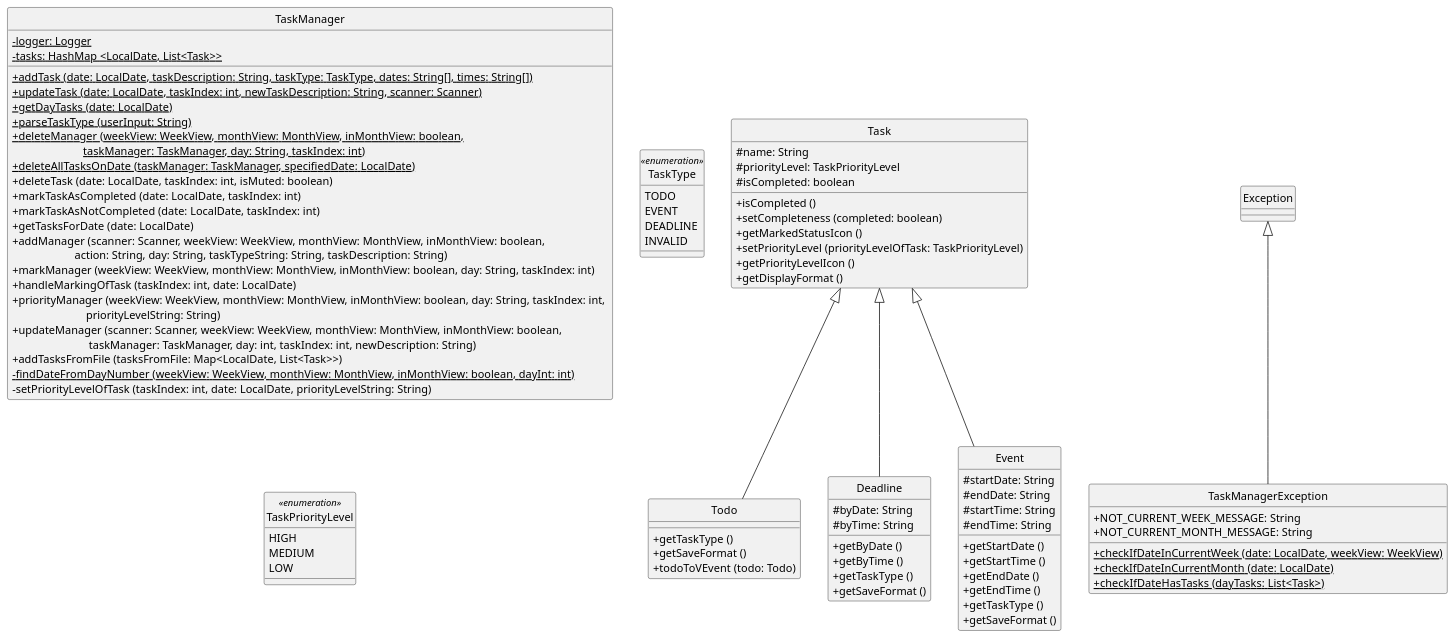
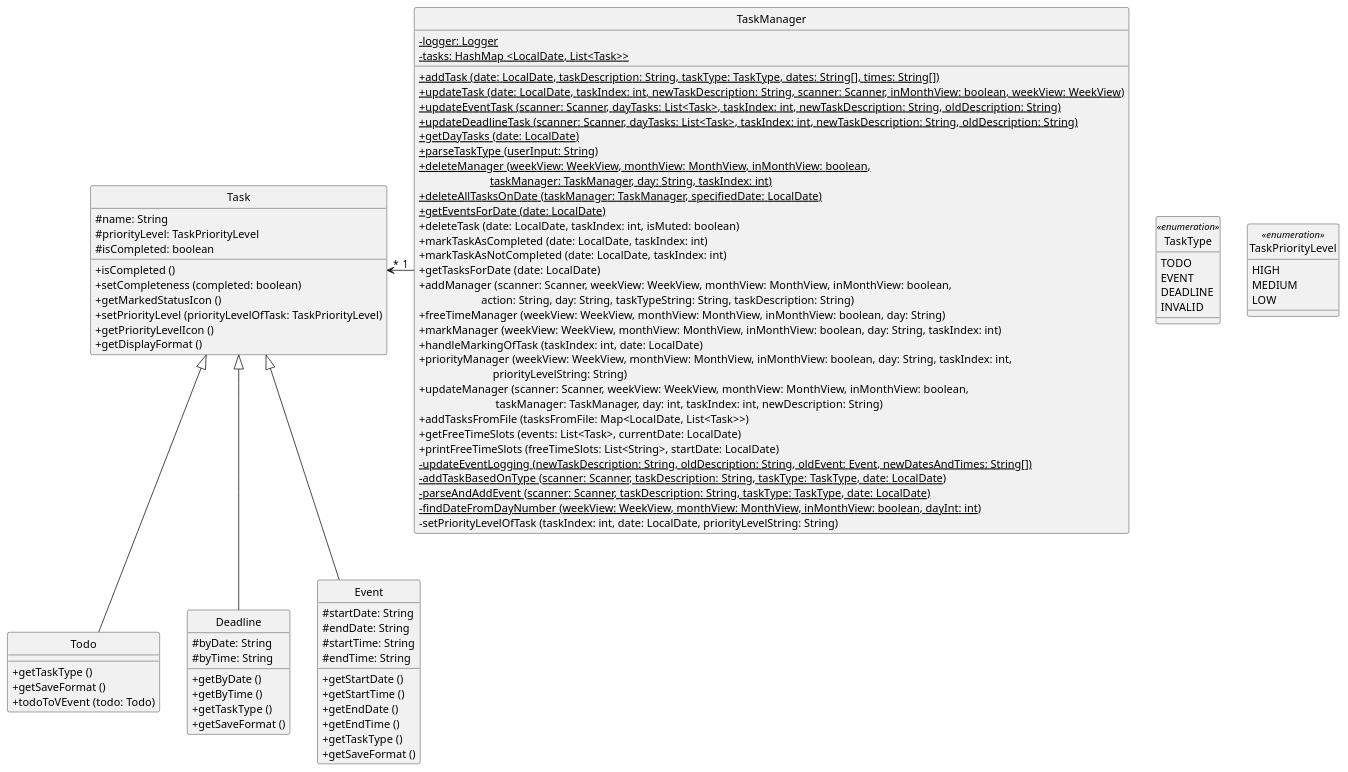
Before and after one commit to clarencepohh/tp: the diagram in docs/diagrams/class/Data.puml, drawn with PlantUML. The commit also changed 1 other file, not shown here.

Commit message:
Update PUML and diagram image to be used

```diff
--- a/docs/diagrams/class/Data.puml
+++ b/docs/diagrams/class/Data.puml
@@ -1,90 +1,95 @@
 @startuml
 
 skinparam classAttributeIconSize 0
 
 class TaskManager {
 - {static} logger: Logger
 - {static} tasks: HashMap <LocalDate, List<Task>>
+
 + {static} addTask (date: LocalDate, taskDescription: String, taskType: TaskType, dates: String[], times: String[])
-+ {static} updateTask (date: LocalDate, taskIndex: int, newTaskDescription: String, scanner: Scanner)
++ {static} updateTask (date: LocalDate, taskIndex: int, newTaskDescription: String, scanner: Scanner, inMonthView: boolean, weekView: WeekView)
++ {static} updateEventTask (scanner: Scanner, dayTasks: List<Task>, taskIndex: int, newTaskDescription: String, oldDescription: String)
++ {static} updateDeadlineTask (scanner: Scanner, dayTasks: List<Task>, taskIndex: int, newTaskDescription: String, oldDescription: String)
 + {static} getDayTasks (date: LocalDate)
 + {static} parseTaskType (userInput: String)
 + {static} deleteManager (weekView: WeekView, monthView: MonthView, inMonthView: boolean, \n                         taskManager: TaskManager, day: String, taskIndex: int)
 + {static} deleteAllTasksOnDate (taskManager: TaskManager, specifiedDate: LocalDate)
++ {static} getEventsForDate (date: LocalDate)
 + deleteTask (date: LocalDate, taskIndex: int, isMuted: boolean)
 + markTaskAsCompleted (date: LocalDate, taskIndex: int)
 + markTaskAsNotCompleted (date: LocalDate, taskIndex: int)
 + getTasksForDate (date: LocalDate)
 + addManager (scanner: Scanner, weekView: WeekView, monthView: MonthView, inMonthView: boolean, \n                      action: String, day: String, taskTypeString: String, taskDescription: String)
++ freeTimeManager (weekView: WeekView, monthView: MonthView, inMonthView: boolean, day: String)
 + markManager (weekView: WeekView, monthView: MonthView, inMonthView: boolean, day: String, taskIndex: int)
 + handleMarkingOfTask (taskIndex: int, date: LocalDate)
 + priorityManager (weekView: WeekView, monthView: MonthView, inMonthView: boolean, day: String, taskIndex: int, \n                          priorityLevelString: String)
 + updateManager (scanner: Scanner, weekView: WeekView, monthView: MonthView, inMonthView: boolean, \n                           taskManager: TaskManager, day: int, taskIndex: int, newDescription: String)
 + addTasksFromFile (tasksFromFile: Map<LocalDate, List<Task>>)
++ getFreeTimeSlots (events: List<Task>, currentDate: LocalDate)
++ printFreeTimeSlots (freeTimeSlots: List<String>, startDate: LocalDate)
+- {static} updateEventLogging (newTaskDescription: String, oldDescription: String, oldEvent: Event, newDatesAndTimes: String[])
+- {static} addTaskBasedOnType (scanner: Scanner, taskDescription: String, taskType: TaskType, date: LocalDate)
+- {static} parseAndAddEvent (scanner: Scanner, taskDescription: String, taskType: TaskType, date: LocalDate)
 - {static} findDateFromDayNumber (weekView: WeekView, monthView: MonthView, inMonthView: boolean, dayInt: int)
 - setPriorityLevelOfTask (taskIndex: int, date: LocalDate, priorityLevelString: String)
 }
 
 class Task {
 # name: String
 # priorityLevel: TaskPriorityLevel
 # isCompleted: boolean
 + isCompleted ()
 + setCompleteness (completed: boolean)
 + getMarkedStatusIcon ()
 + setPriorityLevel (priorityLevelOfTask: TaskPriorityLevel)
 + getPriorityLevelIcon ()
 + getDisplayFormat ()
 }
 
 class Todo extends Task {
 + getTaskType ()
 + getSaveFormat ()
 + todoToVEvent (todo: Todo)
 }
 
 class Deadline extends Task {
 # byDate: String
 # byTime: String
 + getByDate ()
 + getByTime ()
 + getTaskType ()
 + getSaveFormat ()
 }
 class Event extends Task {
 # startDate: String
 # endDate: String
 # startTime: String
 # endTime: String
 + getStartDate ()
 + getStartTime ()
 + getEndDate ()
 + getEndTime ()
 + getTaskType ()
 + getSaveFormat ()
 }
 
-class TaskManagerException extends Exception {
-+ NOT_CURRENT_WEEK_MESSAGE: String
-+ NOT_CURRENT_MONTH_MESSAGE: String
-+ {static} checkIfDateInCurrentWeek (date: LocalDate, weekView: WeekView)
-+ {static} checkIfDateInCurrentMonth (date: LocalDate)
-+ {static} checkIfDateHasTasks (dayTasks: List<Task>)
-}
 
 enum TaskType <<enumeration>> {
 TODO
 EVENT
 DEADLINE
 INVALID
 }
 
 enum TaskPriorityLevel <<enumeration>> {
 HIGH
 MEDIUM
 LOW
 }
 
 hide circle
 
+Task "*"  <- "1"TaskManager
+
 @enduml
```
